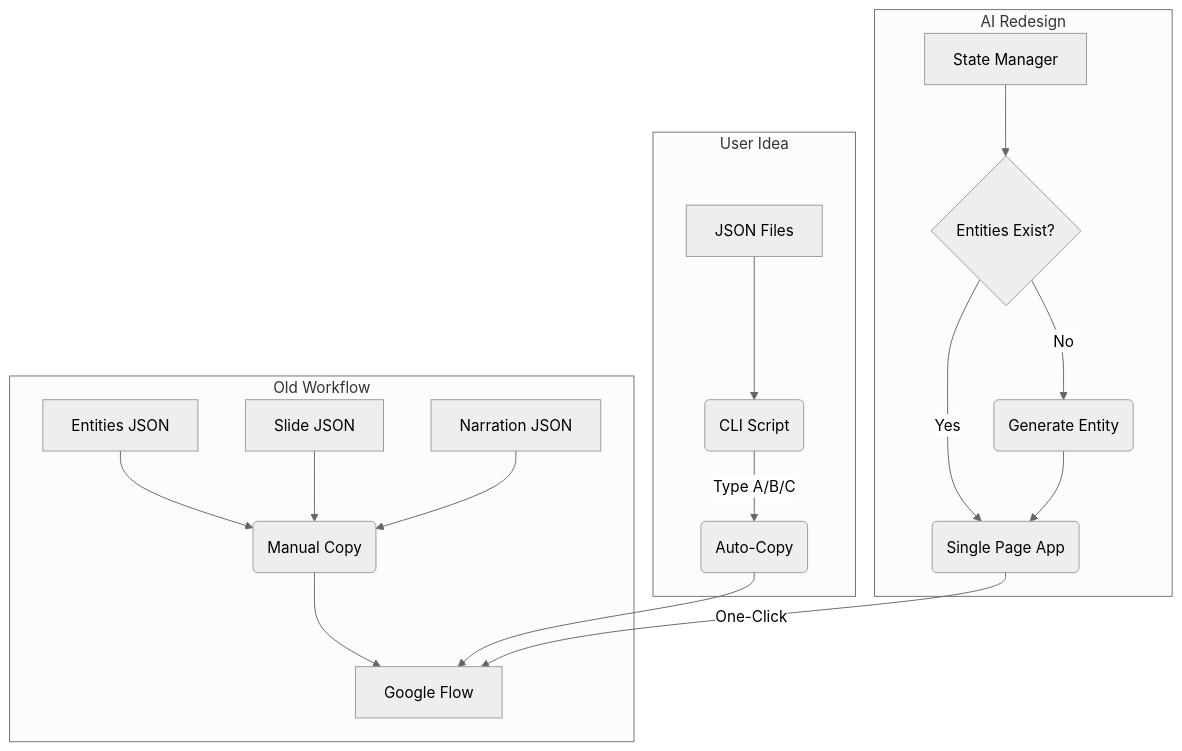
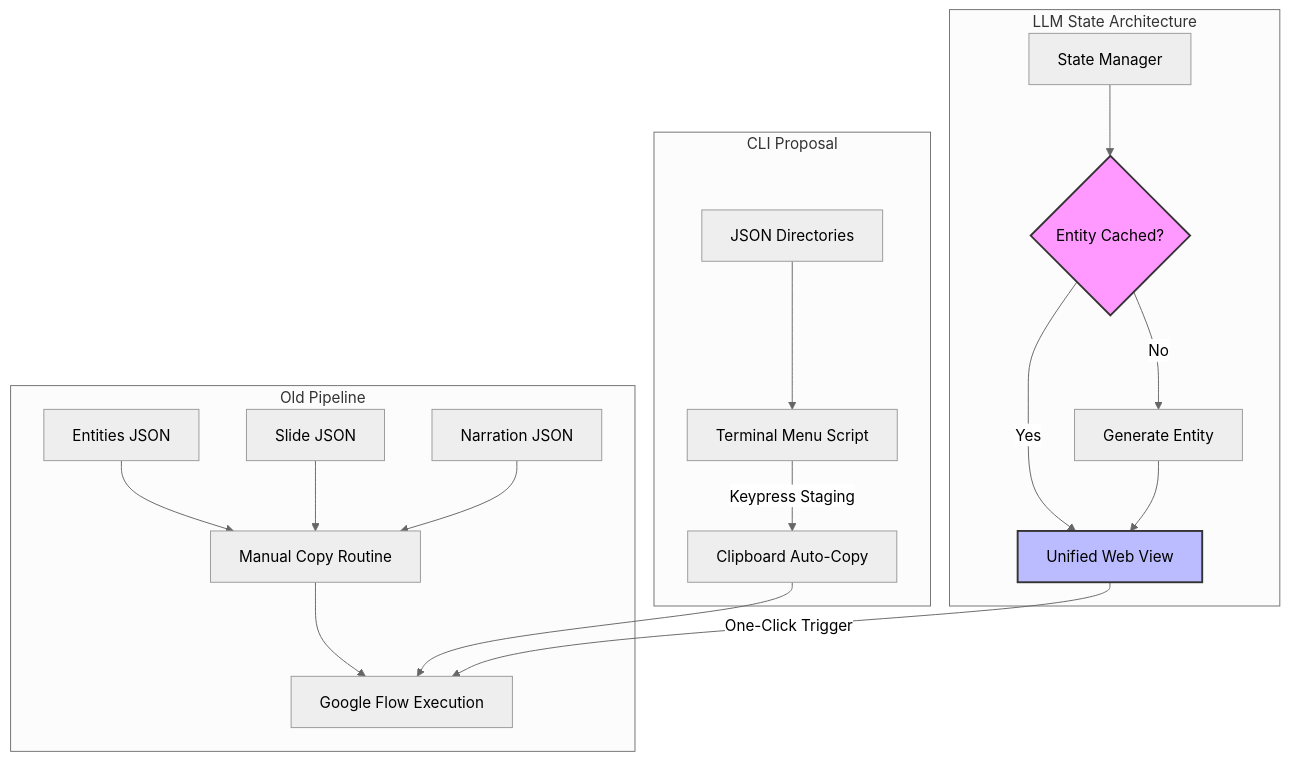
One commit to kr-neerav/thinkingbuffer changed the diagram in src/pages/blog/2026/08/ai-rethinking-ux.md. Above: the diagram before and after it, drawn with Mermaid (neutral theme). The commit also changed other lines of this file and 1 other file, not shown here.

````diff
--- a/src/pages/blog/2026/08/ai-rethinking-ux.md
+++ b/src/pages/blog/2026/08/ai-rethinking-ux.md
@@ -38,23 +46,26 @@
 ```mermaid
-graph TD
-    subgraph Old Workflow
-        A1[Entities JSON] --> B1(Manual Copy)
+flowchart TD
+    subgraph Old Pipeline
+        A1[Entities JSON] --> B1[Manual Copy Routine]
         A2[Slide JSON] --> B1
         A3[Narration JSON] --> B1
-        B1 --> C1[Google Flow]
+        B1 --> C1[Google Flow Execution]
     end
 
-    subgraph User Idea
-        D1[JSON Files] --> E1(CLI Script)
-        E1 --> |Type A/B/C| F1(Auto-Copy)
+    subgraph CLI Proposal
+        D1[JSON Directories] --> E1[Terminal Menu Script]
+        E1 -->|Keypress Staging| F1[Clipboard Auto-Copy]
         F1 --> C1
     end
 
-    subgraph AI Redesign
-        G1[State Manager] --> H1{Entities Exist?}
-        H1 -->|No| I1(Generate Entity)
-        H1 -->|Yes| J1(Single Page App)
+    subgraph LLM State Architecture
+        G1[State Manager] --> H1{Entity Cached?}
+        H1 -->|No| I1[Generate Entity]
+        H1 -->|Yes| J1[Unified Web View]
         I1 --> J1
-        J1 -->|One-Click| C1
+        J1 -->|One-Click Trigger| C1
     end
+
+    style H1 fill:#f9f,stroke:#333,stroke-width:2px
+    style J1 fill:#bbf,stroke:#333,stroke-width:2px
 ```
````
